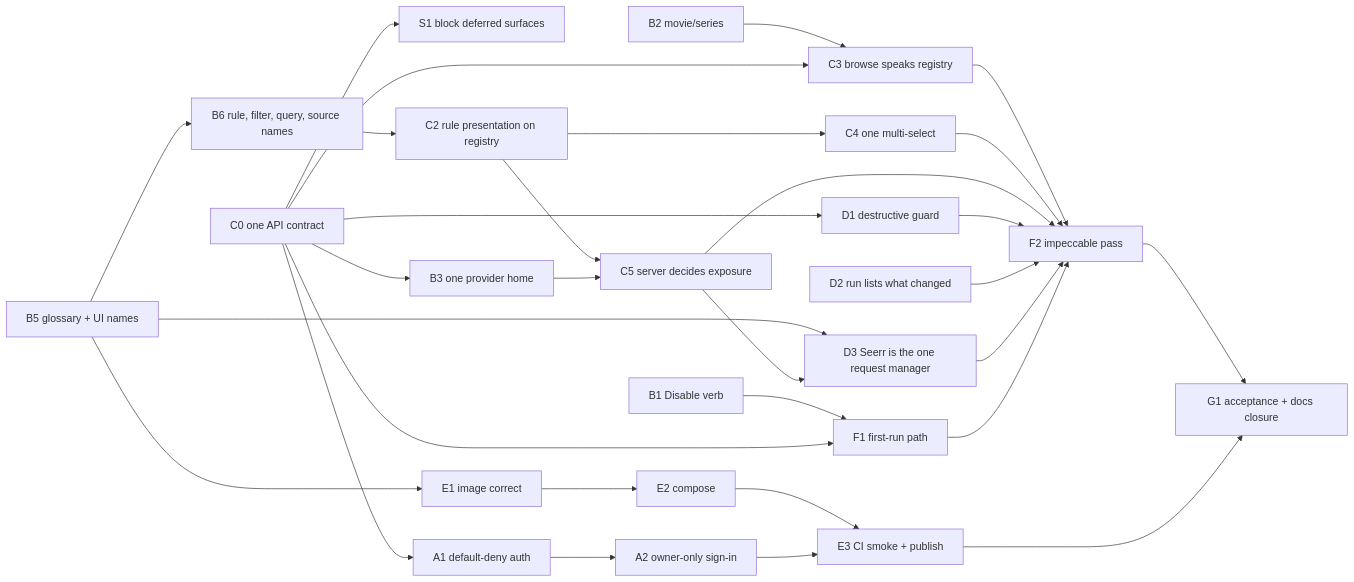
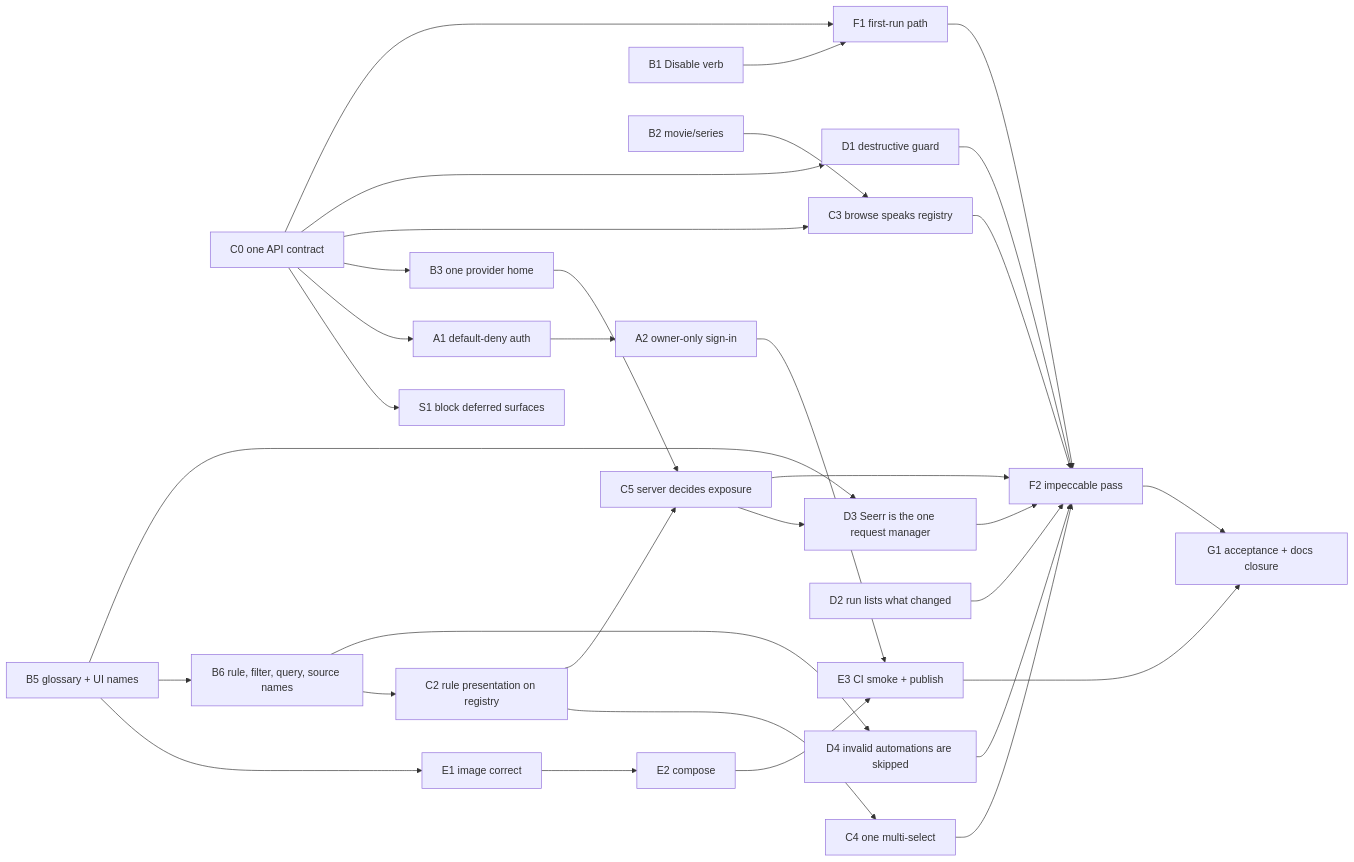
Before and after one commit to nokternol/warden: the diagram in docs/in_progress/mvp/plan.md, drawn with Mermaid. The commit also changed other lines of this file and 127 other files, not shown here.

````diff
--- a/docs/in_progress/mvp/plan.md
+++ b/docs/in_progress/mvp/plan.md
@@ -256,23 +252,24 @@
 ```mermaid
 flowchart LR
   C0[C0 one API contract] --> S1[S1 block deferred surfaces]
   C0 --> A1[A1 default-deny auth]
   C0 --> B3[B3 one provider home]
   A1 --> A2[A2 owner-only sign-in]
   B1[B1 Disable verb] --> F1[F1 first-run path]
   B2[B2 movie/series] --> C3[C3 browse speaks registry]
   B5[B5 glossary + UI names] --> E1
   B5 --> B6[B6 rule, filter, query, source names]
   B6 --> C2[C2 rule presentation on registry]
+  B6 --> D4[D4 invalid automations are skipped]
   C0 --> C3
   C0 --> D1[D1 destructive guard]
   C0 --> F1
   C2 --> C4[C4 one multi-select]
   C2 & B3 --> C5[C5 server decides exposure]
   D2[D2 run lists what changed]
   B5 & C5 --> D3[D3 Seerr is the one request manager]
   E1[E1 image correct] --> E2[E2 compose] --> E3[E3 CI smoke + publish]
   A2 --> E3
-  C3 & C4 & C5 & D1 & D2 & D3 & F1 --> F2[F2 impeccable pass]
+  C3 & C4 & C5 & D1 & D2 & D3 & D4 & F1 --> F2[F2 impeccable pass]
   F2 & E3 --> G1[G1 acceptance + docs closure]
 ```
````
